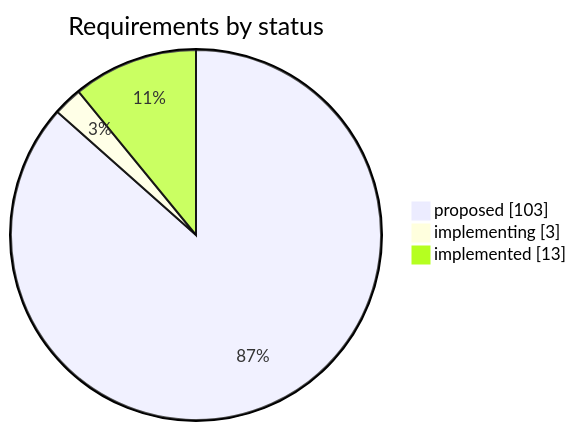
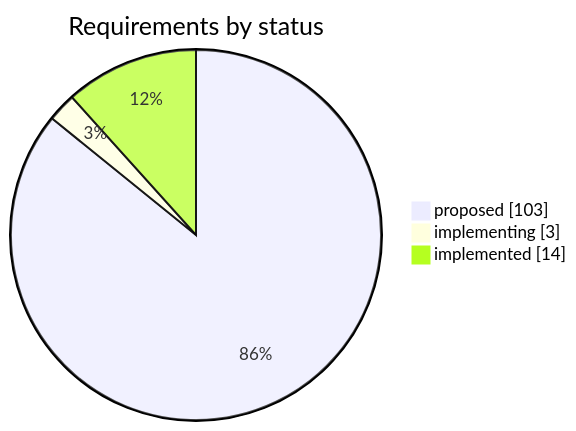
One commit to iammaxsu/automatic-testing-architecture changed the first of 2 diagrams in STATUS.md. Above: the diagram before and after it, drawn with Mermaid. The commit also changed other lines of this file and 5 other files, not shown here.

````diff
--- a/STATUS.md
+++ b/STATUS.md
@@ -25,6 +25,6 @@
 ```mermaid
 pie showData title Requirements by status
     "proposed" : 103
     "implementing" : 3
-    "implemented" : 13
+    "implemented" : 14
 ```
````
